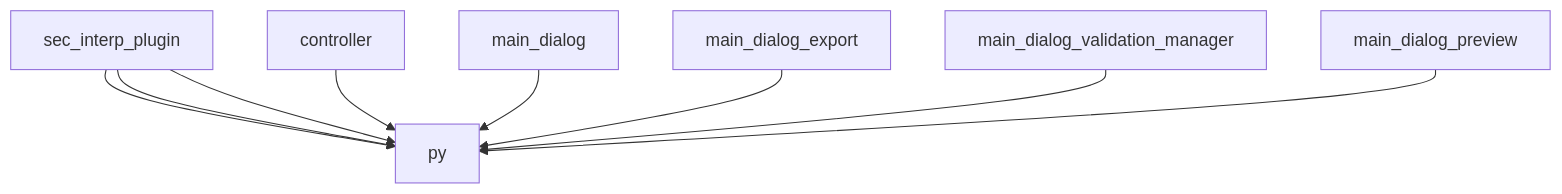
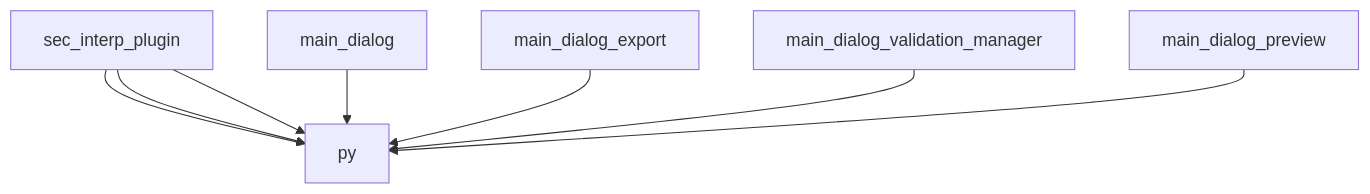
Before and after one commit to geociencio/sec_interp: the diagram in AI_CONTEXT.md, drawn with Mermaid. The commit also changed other lines of this file and 4 other files, not shown here.

````diff
--- a/AI_CONTEXT.md
+++ b/AI_CONTEXT.md
@@ -115,11 +115,10 @@
 ```mermaid
 graph TD
     sec_interp_plugin --> py
     sec_interp_plugin --> py
     sec_interp_plugin --> py
-    controller --> py
     main_dialog --> py
     main_dialog_export --> py
     main_dialog_validation_manager --> py
     main_dialog_preview --> py
 ```
````
